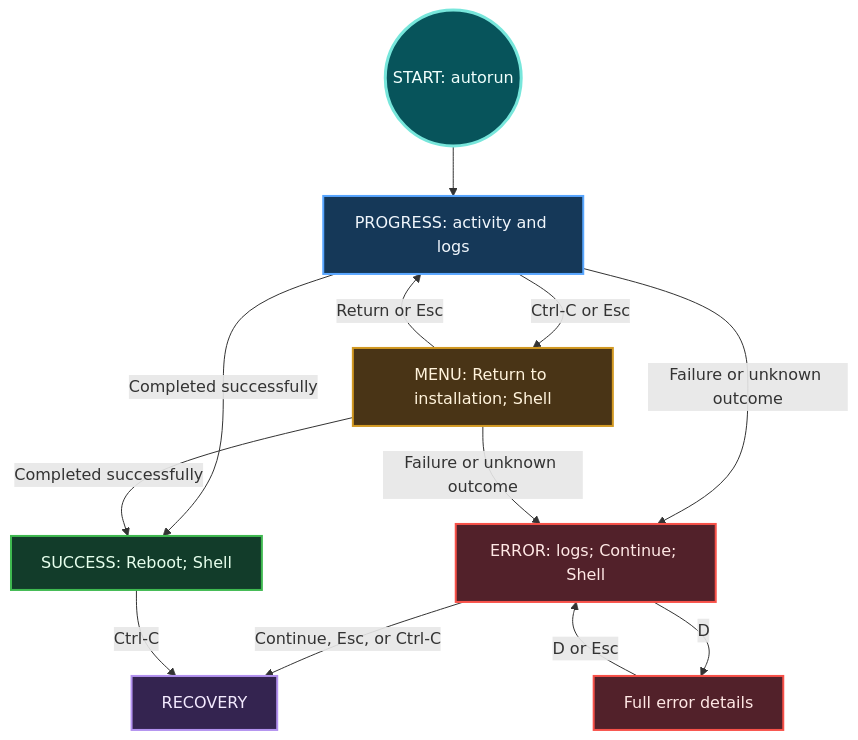
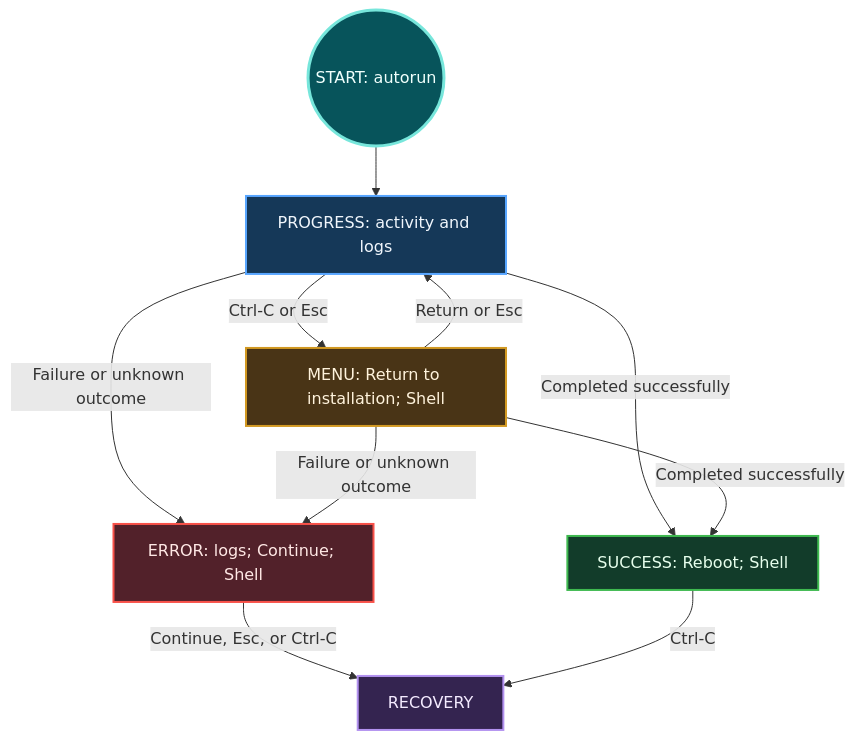
One commit to microsoft/trident changed the second of 3 diagrams in docs/Reference/Installer.md. Above: the diagram before and after it, drawn with Mermaid. The commit also changed other lines of this file and 8 other files, not shown here.

````diff
--- a/docs/Reference/Installer.md
+++ b/docs/Reference/Installer.md
@@ -82,26 +82,24 @@
 ```mermaid
 flowchart TD
   START(("START: autorun")) --> P["PROGRESS: activity and logs"]
   P -->|Ctrl-C or Esc| M["MENU: Return to installation; Shell"]
   M -->|Return or Esc| P
   P -->|Completed successfully| S["SUCCESS: Reboot; Shell"]
   M -->|Completed successfully| S
   P -->|Failure or unknown outcome| E["ERROR: logs; Continue; Shell"]
   M -->|Failure or unknown outcome| E
-  E -->|D| ED["Full error details"]
-  ED -->|D or Esc| E
   E -->|Continue, Esc, or Ctrl-C| R["RECOVERY"]
   S -->|Ctrl-C| R
   classDef startPoint fill:#07545b,stroke:#77e6db,color:#f0fffc,stroke-width:3px
   classDef progress fill:#153858,stroke:#58a6ff,color:#f0f6fc,stroke-width:2px
   classDef menu fill:#493416,stroke:#d29922,color:#fff3dc,stroke-width:2px
   classDef success fill:#123c2a,stroke:#3fb950,color:#e7ffed,stroke-width:2px
   classDef error fill:#52212a,stroke:#f85149,color:#ffe8e5,stroke-width:2px
   classDef recovery fill:#342450,stroke:#b392f0,color:#f4ebff,stroke-width:2px
   class START startPoint
   class P progress
   class M menu
   class S success
-  class E,ED error
+  class E error
   class R recovery
 ```
````
